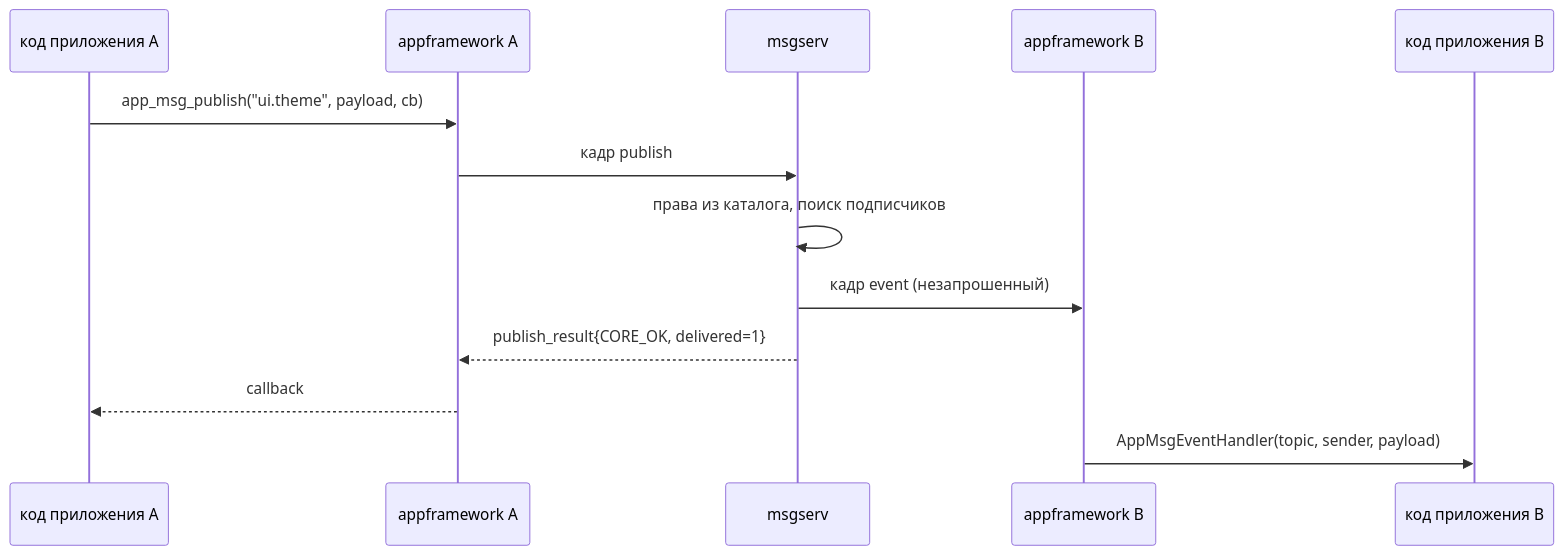
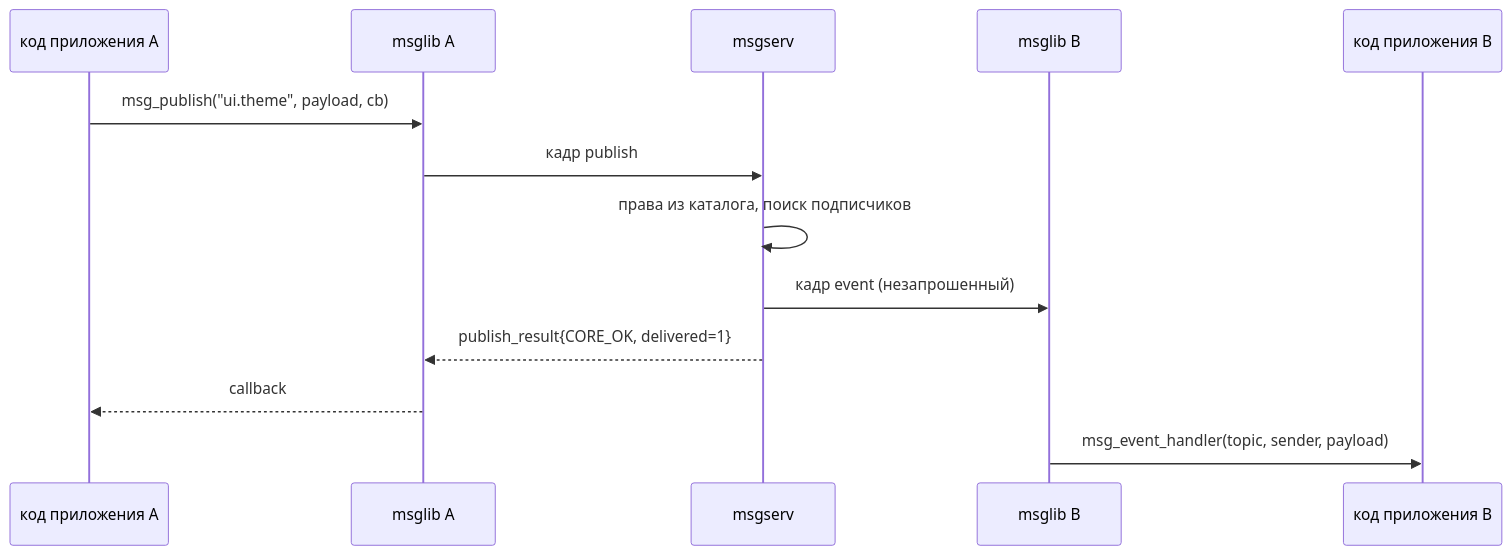
One commit to ITMOdefence/brouk changed the diagram in README.md. Above: the diagram before and after it, drawn with Mermaid. The commit also changed other lines of this file, not shown here.

````diff
--- a/README.md
+++ b/README.md
@@ -46,16 +125,16 @@
 ```mermaid
 sequenceDiagram
     participant AC as код приложения A
-    participant AF as appframework A
+    participant ML as msglib A
     participant MS as msgserv
-    participant BF as appframework B
+    participant MLB as msglib B
     participant BC as код приложения B
 
-    AC->>AF: app_msg_publish("ui.theme", payload, cb)
-    AF->>MS: кадр publish
+    AC->>ML: msg_publish("ui.theme", payload, cb)
+    ML->>MS: кадр publish
     MS->>MS: права из каталога, поиск подписчиков
-    MS->>BF: кадр event (незапрошенный)
-    MS-->>AF: publish_result{CORE_OK, delivered=1}
-    AF-->>AC: callback
-    BF->>BC: AppMsgEventHandler(topic, sender, payload)
+    MS->>MLB: кадр event (незапрошенный)
+    MS-->>ML: publish_result{CORE_OK, delivered=1}
+    ML-->>AC: callback
+    MLB->>BC: msg_event_handler(topic, sender, payload)
 ```
````
